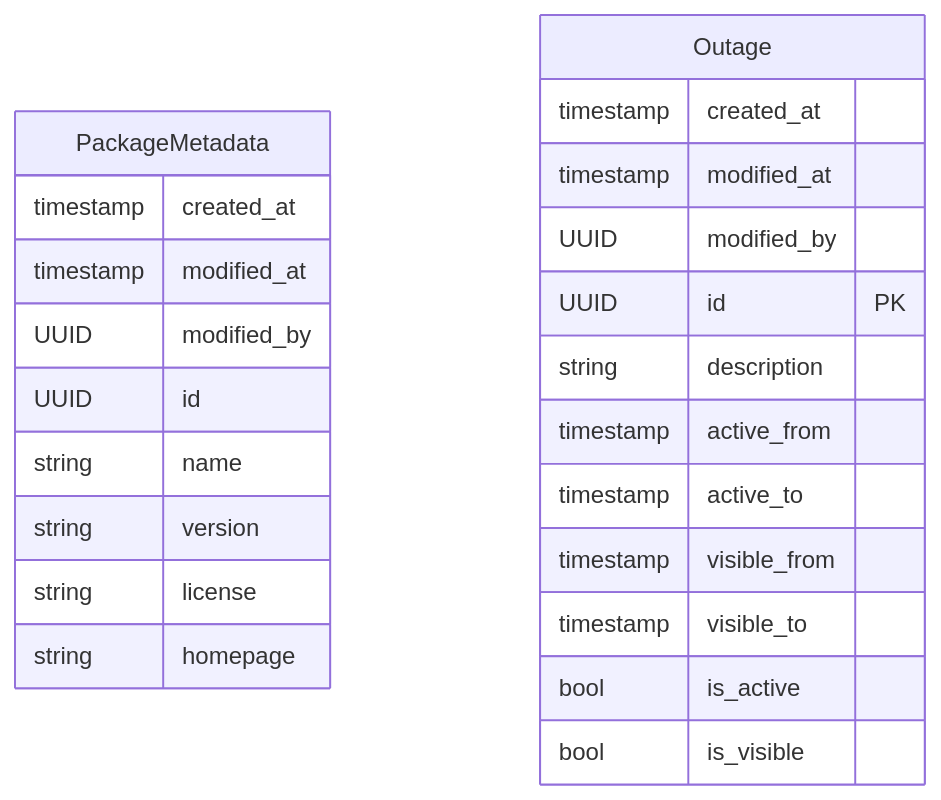
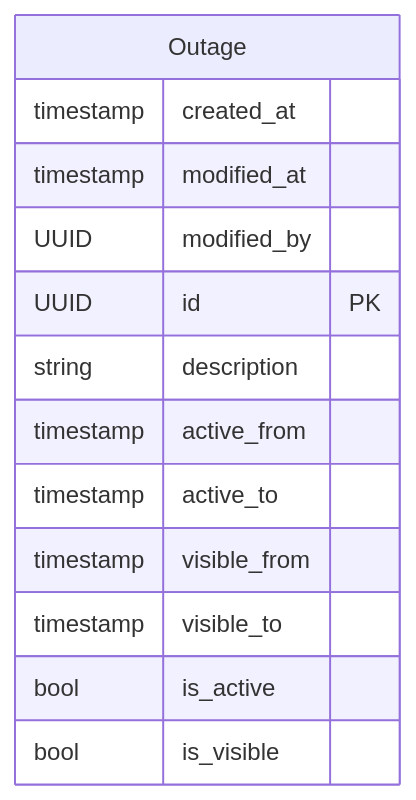
One commit to RIVM-bioinformatics/gen-epix-api changed the diagram in docs/erm/commondb.system.detailed.md. Above: the diagram before and after it, drawn with Mermaid. The commit also changed other lines of this file and 53 other files, not shown here.

Commit message:
feat: fastapp Domain.get_dag_sorted_services and Entity.topological_sort added fix: fastapp Domain.get_dag_sorted_entities/models fixed refactor: generation of mermaid ERM diagrams done in reproducible DAG order rather than random order

````diff
--- a/docs/erm/commondb.system.detailed.md
+++ b/docs/erm/commondb.system.detailed.md
@@ -5,31 +5,20 @@
 ```mermaid
 erDiagram
     %% commondb / SYSTEM (detailed)
 
     %% Entity definitions
-    PackageMetadata {
-        timestamp created_at
-        timestamp modified_at
-        UUID modified_by
-        UUID id
-        string name
-        string version
-        string license
-        string homepage
-    }
-
     Outage {
         timestamp created_at
         timestamp modified_at
         UUID modified_by
         UUID id PK
         string description
         timestamp active_from
         timestamp active_to
         timestamp visible_from
         timestamp visible_to
         bool is_active
         bool is_visible
     }
 
 ```
````
